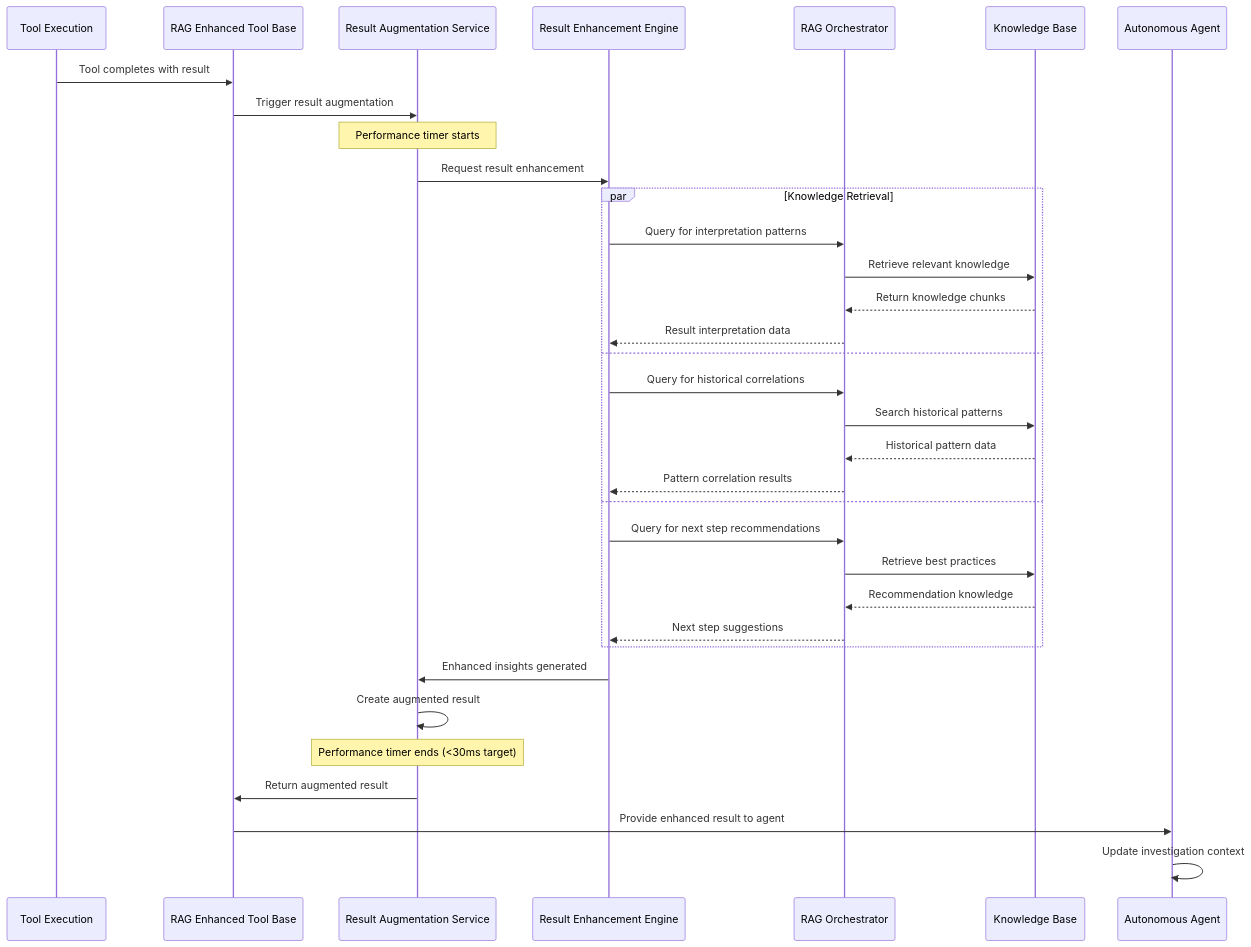
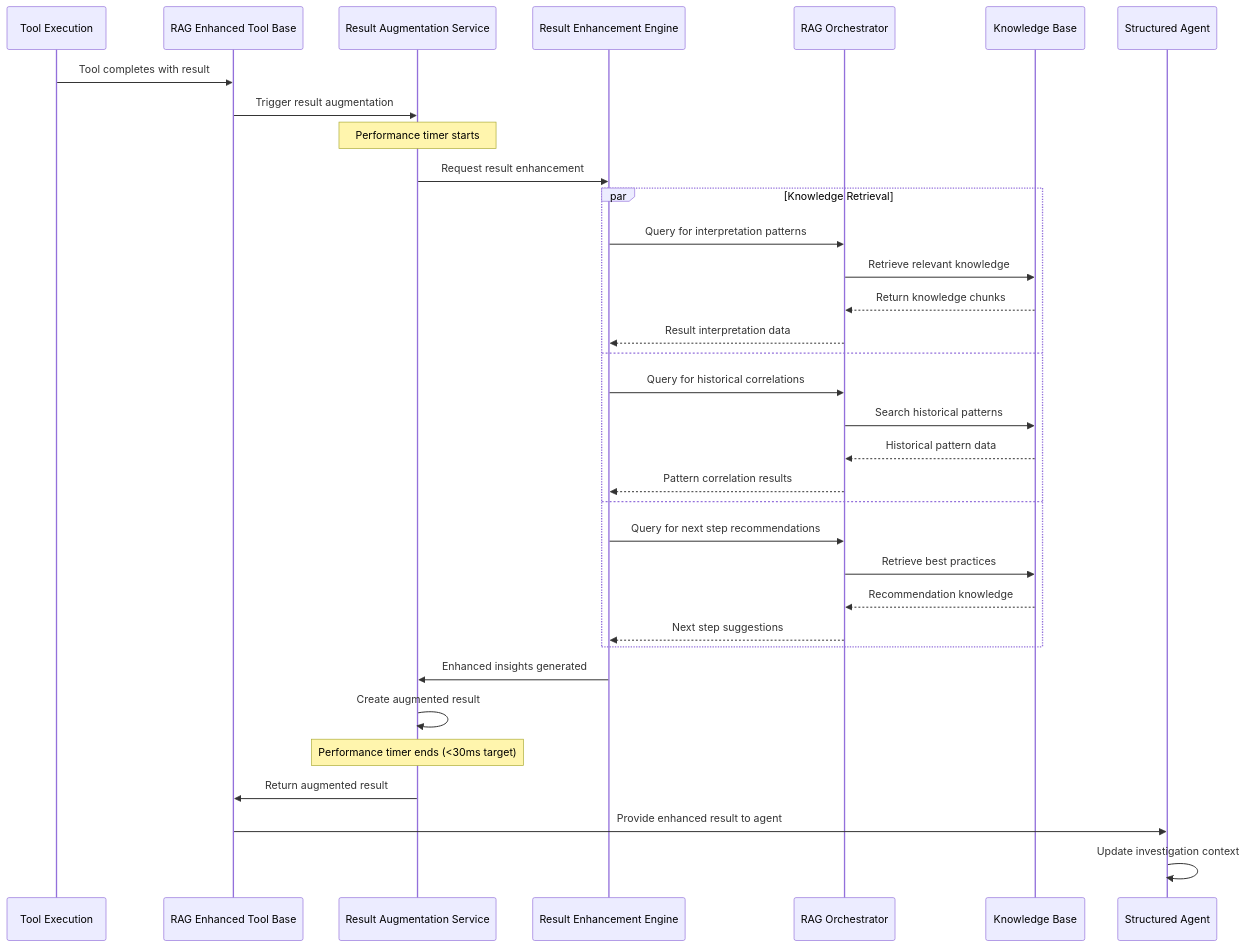
One commit to Olorin-ai-git/Bayit-Plus changed the second of 5 diagrams in docs/diagrams/tool-result-knowledge-augmentation-architecture-2025-01-04.md. Above: the diagram before and after it, drawn with Mermaid. The commit also changed other lines of this file and 703 other files, not shown here.

````diff
--- a/docs/diagrams/tool-result-knowledge-augmentation-architecture-2025-01-04.md
+++ b/docs/diagrams/tool-result-knowledge-augmentation-architecture-2025-01-04.md
@@ -107,41 +107,41 @@
 ```mermaid
 sequenceDiagram
     participant TE as Tool Execution
     participant RET as RAG Enhanced Tool Base
     participant RAS as Result Augmentation Service
     participant REE as Result Enhancement Engine
     participant RO as RAG Orchestrator
     participant KB as Knowledge Base
-    participant AA as Autonomous Agent
+    participant AA as Structured Agent
 
     TE->>RET: Tool completes with result
     RET->>RAS: Trigger result augmentation
     
     Note over RAS: Performance timer starts
     RAS->>REE: Request result enhancement
     
     par Knowledge Retrieval
         REE->>RO: Query for interpretation patterns
         RO->>KB: Retrieve relevant knowledge
         KB-->>RO: Return knowledge chunks
         RO-->>REE: Result interpretation data
     and
         REE->>RO: Query for historical correlations
         RO->>KB: Search historical patterns
         KB-->>RO: Historical pattern data
         RO-->>REE: Pattern correlation results
     and
         REE->>RO: Query for next step recommendations
         RO->>KB: Retrieve best practices
         KB-->>RO: Recommendation knowledge
         RO-->>REE: Next step suggestions
     end
 
     REE->>RAS: Enhanced insights generated
     RAS->>RAS: Create augmented result
     
     Note over RAS: Performance timer ends (<30ms target)
     RAS->>RET: Return augmented result
     RET->>AA: Provide enhanced result to agent
     AA->>AA: Update investigation context
 ```
````
